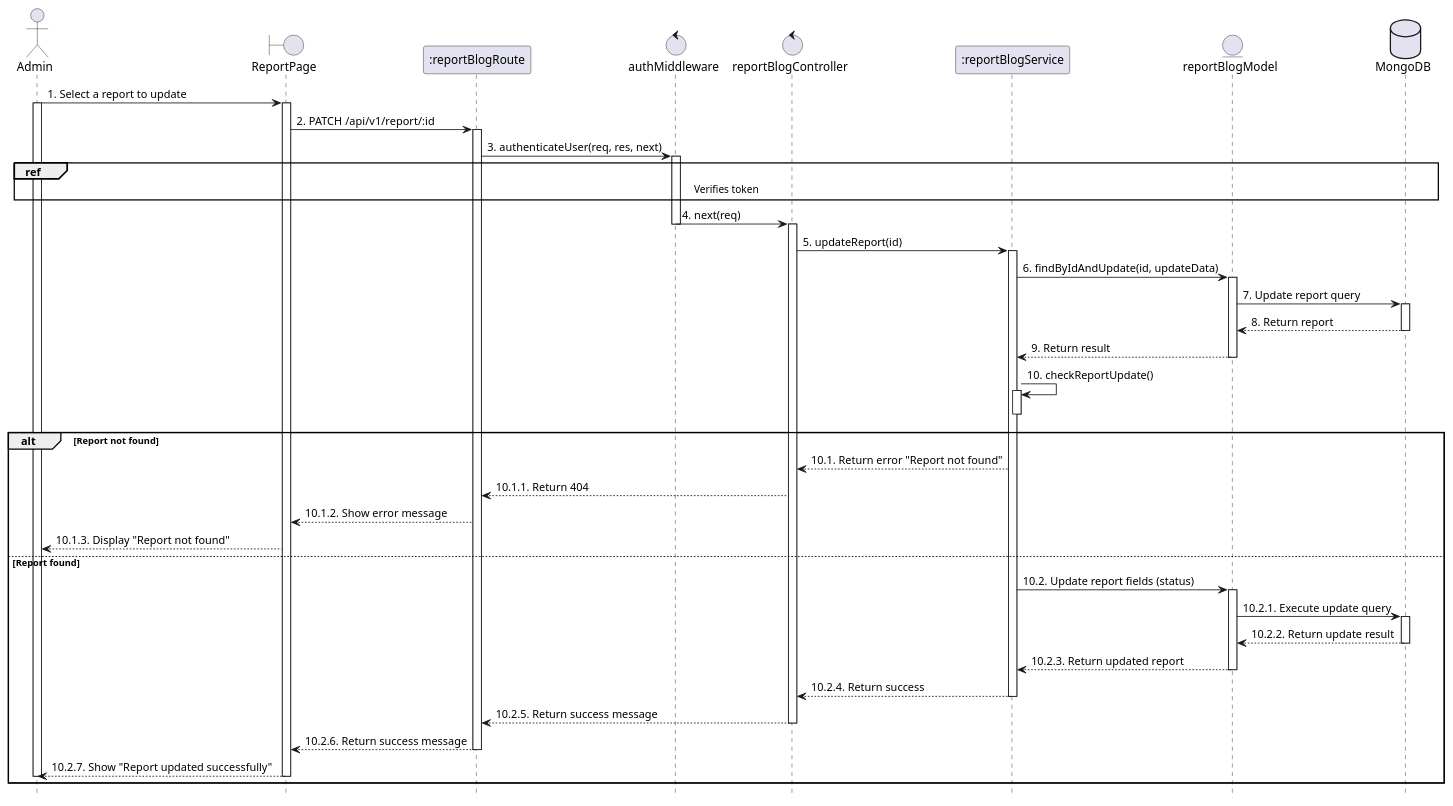
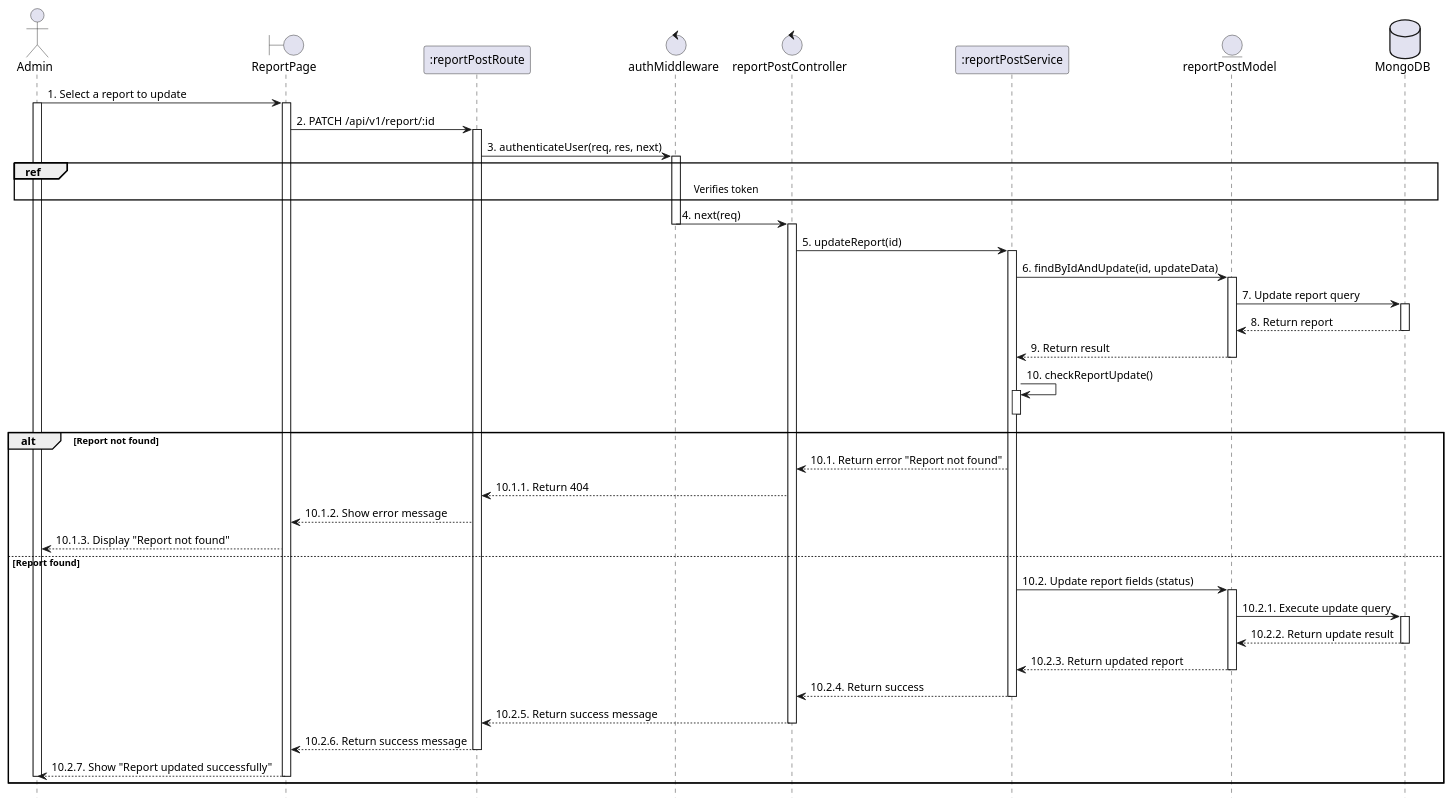
Before and after one commit to VietDurian/VietDurian: the diagram in planuml/web/19.3_updateReport.puml, drawn with PlantUML. The commit also changed 16 other files, not shown here.

```diff
--- a/planuml/web/19.3_updateReport.puml
+++ b/planuml/web/19.3_updateReport.puml
@@ -1,72 +1,72 @@
 @startuml UC44_UpdateReport
 
 actor Admin as "Admin"
 boundary "ReportPage" as View
-participant ":reportBlogRoute" as Route
+participant ":reportPostRoute" as Route
 control "authMiddleware" as Auth
-control "reportBlogController" as Controller
-participant ":reportBlogService" as Service
-entity "reportBlogModel" as Model
+control "reportPostController" as Controller
+participant ":reportPostService" as Service
+entity "reportPostModel" as Model
 database "MongoDB" as MongoDB
 hide footbox
 
     Admin -> View: 1. Select a report to update
     activate View
     activate Admin
 
     View -> Route: 2. PATCH /api/v1/report/:id
     activate Route
     Route -> Auth: 3. authenticateUser(req, res, next)
 
     activate Auth
     ref over Admin, MongoDB : Verifies token
 
     Auth -> Controller: 4. next(req)
     deactivate Auth
     activate Controller
 
     Controller -> Service: 5. updateReport(id)
     activate Service
 
     Service -> Model: 6. findByIdAndUpdate(id, updateData)
     activate Model
 
     Model -> MongoDB: 7. Update report query
     activate MongoDB
     MongoDB --> Model: 8. Return report
     deactivate MongoDB
 
     Model --> Service: 9. Return result
     deactivate Model
 
     Service -> Service: 10. checkReportUpdate()
     activate Service
     deactivate Service
 
     alt Report not found
         Service --> Controller: 10.1. Return error "Report not found"
         Controller --> Route: 10.1.1. Return 404
         Route --> View: 10.1.2. Show error message
         View --> Admin: 10.1.3. Display "Report not found"
     else Report found
         Service -> Model: 10.2. Update report fields (status)
         activate Model
         Model -> MongoDB: 10.2.1. Execute update query
         activate MongoDB
         MongoDB --> Model: 10.2.2. Return update result
         deactivate MongoDB
         Model --> Service: 10.2.3. Return updated report
         deactivate Model
 
         Service --> Controller: 10.2.4. Return success
         deactivate Service
         Controller --> Route: 10.2.5. Return success message
         deactivate Controller
         Route --> View: 10.2.6. Return success message
         deactivate Route
         View --> Admin: 10.2.7. Show "Report updated successfully"
         deactivate View
         deactivate Admin
     end
 
 @enduml
```
